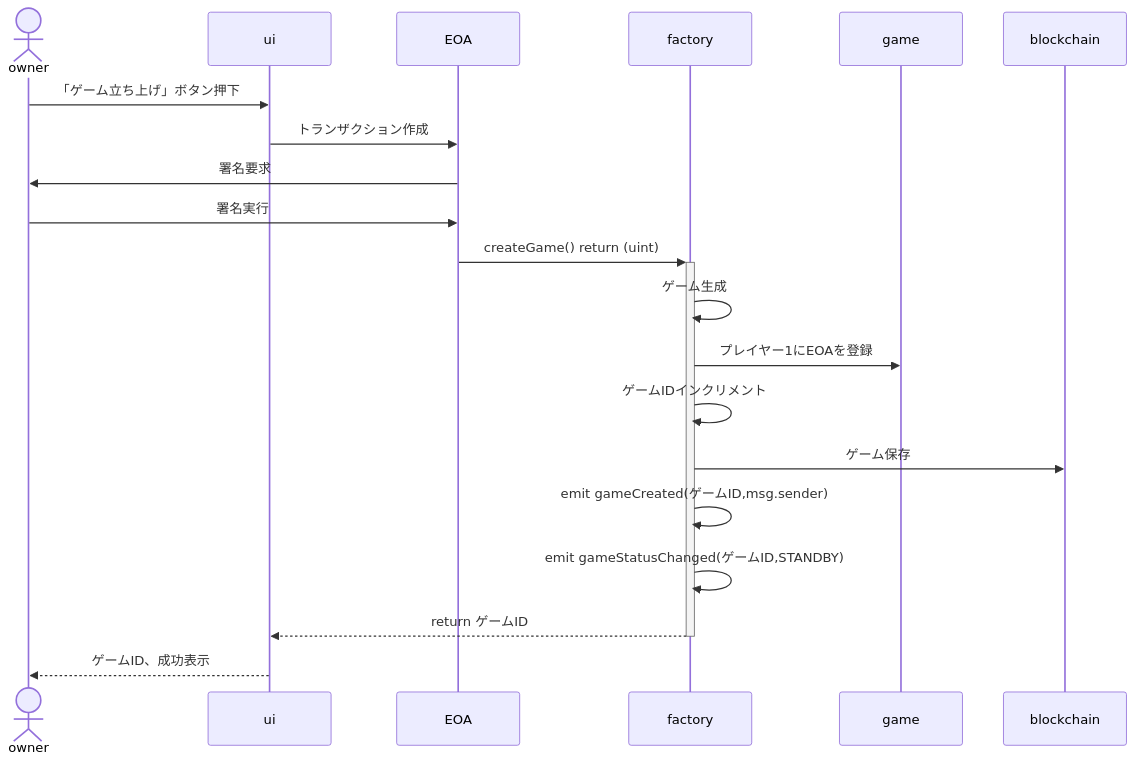
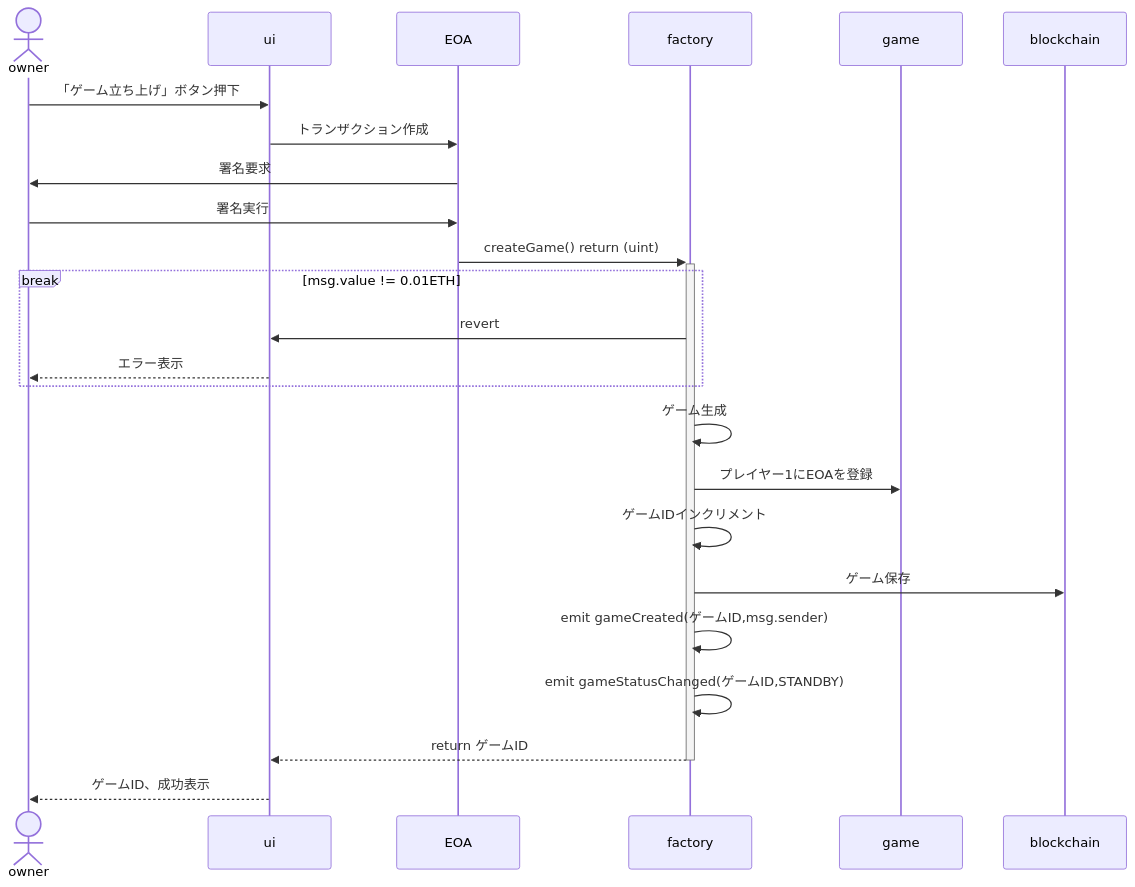
One commit to 0xHaku/preprod-gomoku changed the first of 4 diagrams in doc/sequence.md. Above: the diagram before and after it, drawn with Mermaid. The commit also changed other lines of this file and 12 other files, not shown here.

````diff
--- a/doc/sequence.md
+++ b/doc/sequence.md
@@ -3,24 +3,28 @@
 ```mermaid
 sequenceDiagram
     actor owner
     participant ui
     participant EOA
     participant factory
     participant game
     participant blockchain
 
     owner->>ui: 「ゲーム立ち上げ」ボタン押下
     ui->>EOA: トランザクション作成
     EOA->>owner: 署名要求
     owner->>EOA: 署名実行
     EOA->>+factory: createGame() return (uint)
+    break msg.value != 0.01ETH
+        factory->>ui: revert
+        ui-->>owner: エラー表示
+    end
     factory->>factory: ゲーム生成
     factory->>game: プレイヤー1にEOAを登録
     factory->>factory: ゲームIDインクリメント
     factory->>blockchain: ゲーム保存
     factory->>factory: emit gameCreated(ゲームID,msg.sender)
     factory->>factory: emit gameStatusChanged(ゲームID,STANDBY)
 
     factory-->>-ui: return ゲームID
     ui-->>owner: ゲームID、成功表示
 ```
````
